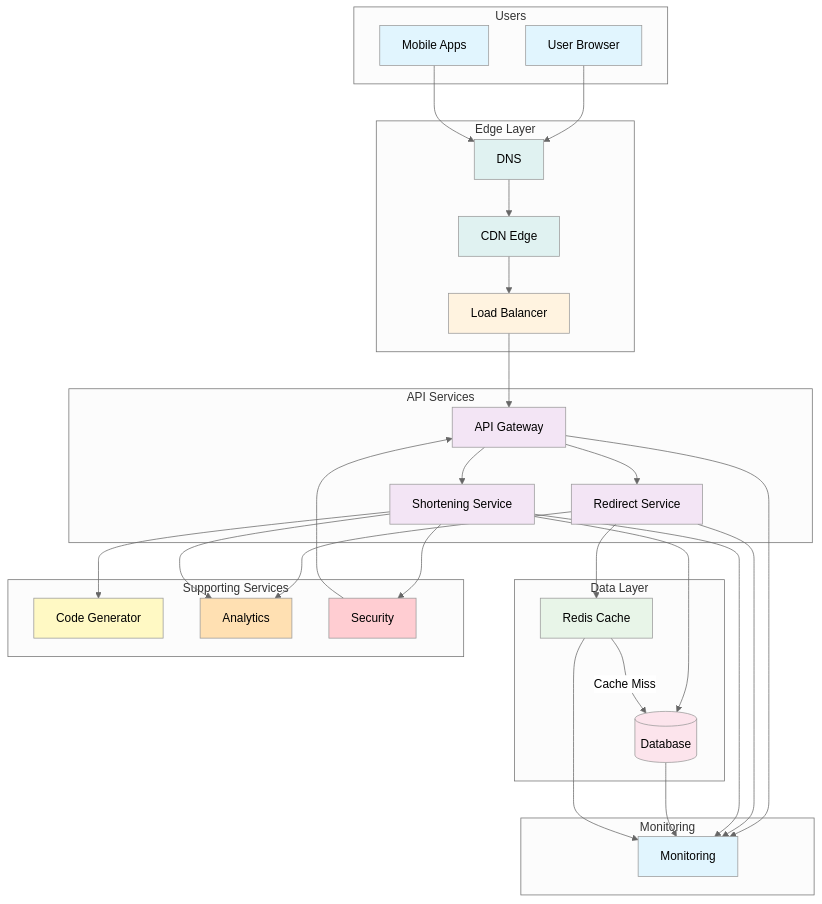
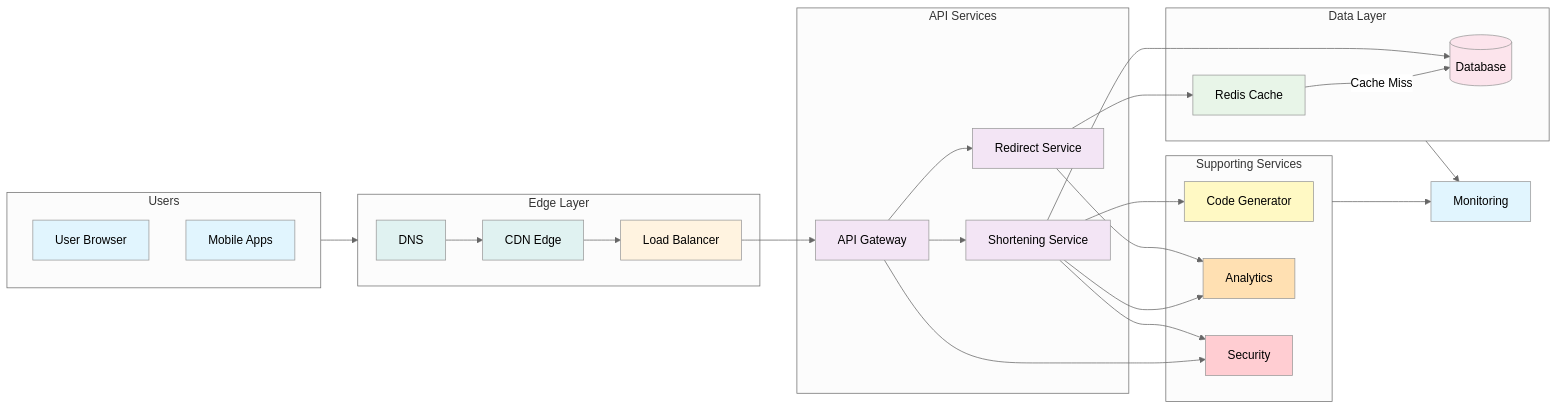
One commit to romanstetsenko/SystemDesign changed the diagram in URL Shortener System Design.md. Above: the diagram before and after it, drawn with Mermaid (neutral theme). The commit also changed other lines of this file, not shown here.

````diff
--- a/URL Shortener System Design.md
+++ b/URL Shortener System Design.md
@@ -12,13 +12,13 @@
 ```mermaid
-graph TB
+graph LR
     %% User Layer
-    subgraph "Users"
+    subgraph Users[Users]
         U[User Browser]
         M[Mobile Apps]
     end
     
     %% Edge & Delivery Layer
-    subgraph "Edge Layer"
+    subgraph EdgeLayer[Edge Layer]
         DNS[DNS]
         CDN[CDN Edge]
         LB[Load Balancer]
@@ -32,26 +32,23 @@
     end
     
     %% Core Storage & Cache
-    subgraph "Data Layer"
+    subgraph DataLayer[Data Layer]
         RC[Redis Cache]
         DB[(Database)]
     end
     
     %% Supporting Services
-    subgraph "Supporting Services"
+    subgraph SupportingServices[Supporting Services]
         CG[Code Generator]
         AL[Analytics]
         SEC[Security]
     end
     
     %% Monitoring
-    subgraph "Monitoring"
-        MON[Monitoring]
-    end
+    Monitoring[Monitoring]
     
     %% Main Flow
-    U --> DNS
-    M --> DNS
+    Users --> EdgeLayer
     DNS --> CDN
     CDN --> LB
     LB --> API
@@ -71,15 +68,9 @@
     RS --> AL
     SS --> AL
     
-    %% Monitoring Flow (API -> Monitoring)
-    API --> MON
-    RS --> MON
-    SS --> MON
-    DB --> MON
-    RC --> MON
-    
-    %% Security Feedback
-    SEC --> API
+    DataLayer --> Monitoring
+    SupportingServices --> Monitoring
+    API --> SEC 
     
     %% Styling
     style U fill:#e1f5fe
@@ -95,5 +86,5 @@
     style CG fill:#fff9c4
     style AL fill:#ffe0b2
     style SEC fill:#ffcdd2
-    style MON fill:#e1f5fe
+    style Monitoring fill:#e1f5fe
 ```
````
